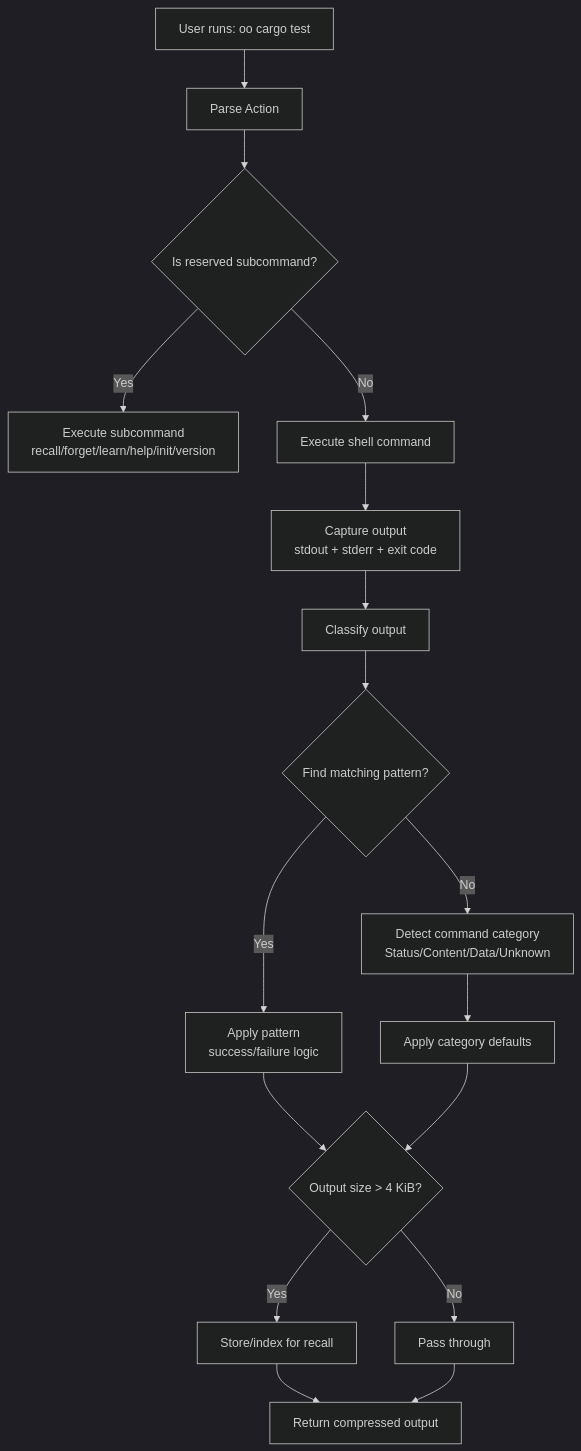
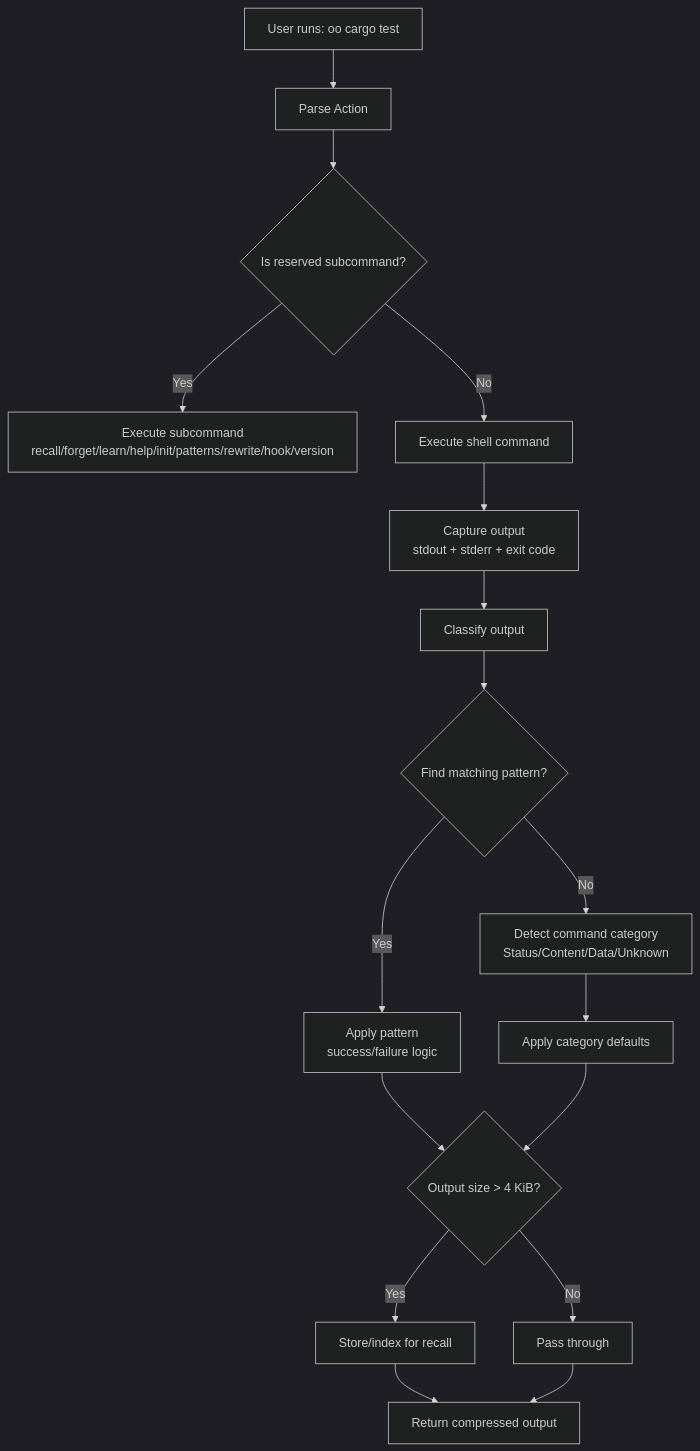
Before and after one commit to randomm/oo: the diagram in docs/architecture.md, drawn with Mermaid (dark theme). The commit also changed other lines of this file and 17 other files, not shown here.

````diff
--- a/docs/architecture.md
+++ b/docs/architecture.md
@@ -9,19 +9,19 @@
 ```mermaid
 flowchart TD
     A[User runs: oo cargo test] --> B[Parse Action]
     B --> C{Is reserved subcommand?}
-    C -->|Yes| D[Execute subcommand<br/>recall/forget/learn/help/init/version]
+    C -->|Yes| D[Execute subcommand<br/>recall/forget/learn/help/init/patterns/rewrite/hook/version]
     C -->|No| E[Execute shell command]
     E --> F[Capture output<br/>stdout + stderr + exit code]
     F --> G[Classify output]
     G --> H{Find matching pattern?}
     H -->|Yes| I[Apply pattern<br/>success/failure logic]
     H -->|No| J[Detect command category<br/>Status/Content/Data/Unknown]
     J --> K[Apply category defaults]
     I --> L{Output size > 4 KiB?}
     K --> L
     L -->|Yes| M[Store/index for recall]
     L -->|No| N[Pass through]
     M --> O[Return compressed output]
     N --> O
 ```
````
